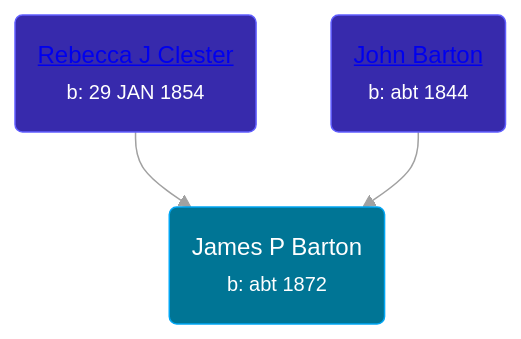
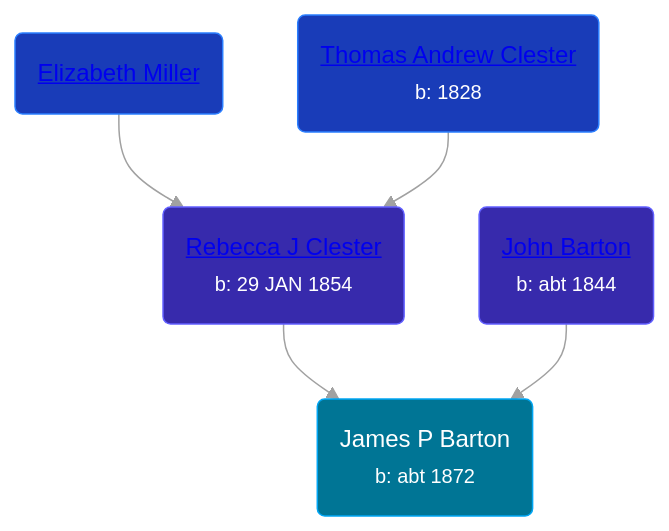
One commit to wpmgotkh/wpmgotkh.github.io changed the diagram in pages/people/6/63115555.md. Above: the diagram before and after it, drawn with Mermaid. The commit also changed 56 other files, not shown here.

````diff
--- a/pages/people/6/63115555.md
+++ b/pages/people/6/63115555.md
@@ -10,10 +10,12 @@
 ```mermaid
 graph
 classDef grands fill:#193cb8,stroke:#2b7fff,stroke-width:1px,color:#fff;
 classDef parents fill:#372aac,stroke:#615fff,stroke-width:1px,color:#fff;
 classDef primary fill:#007595,stroke:#00a6f4,stroke-width:1px,color:#fff;
 63115555(James P Barton<br /><small>b: abt 1872</small>):::primary
 81769008(<a class="text-white" href="/people/8/81769008">Rebecca J Clester</a><br /><small>b: 29 JAN 1854</small>):::parents-->63115555
+29274128(<a class="text-white" href="/people/2/29274128">Elizabeth Miller</a>):::grands-->81769008
+20155198(<a class="text-white" href="/people/2/20155198">Thomas Andrew Clester</a><br /><small>b: 1828</small>):::grands-->81769008
 56328061(<a class="text-white" href="/people/5/56328061">John Barton</a><br /><small>b: abt 1844</small>):::parents-->63115555
 linkStyle default stroke:#a1a1a1
 ```
````
